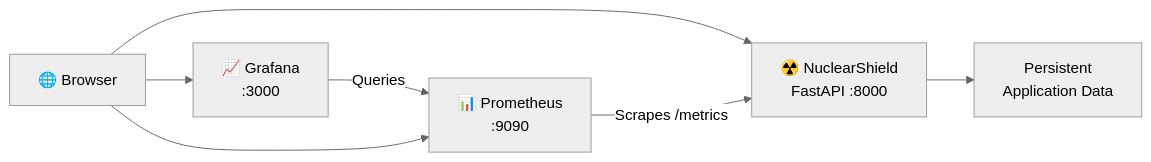
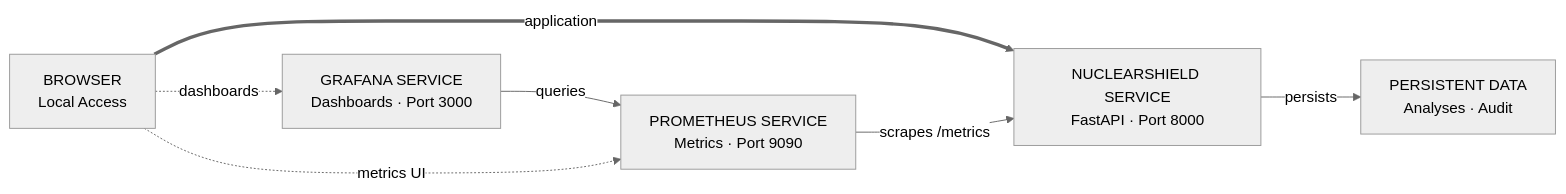
Before and after one commit to ruveeha33/NuclearShield: the sixth of 7 diagrams in README.md, drawn with Mermaid (neutral theme). The commit also changed other lines of this file, not shown here.

````diff
--- a/README.md
+++ b/README.md
@@ -588,14 +223,22 @@
 ```mermaid
 flowchart LR
 
-    B["🌐 Browser"] --> NS["☢️ NuclearShield<br/>FastAPI :8000"]
+    A["BROWSER<br/>Local Access"]
 
-    NS --> DATA["Persistent<br/>Application Data"]
+    B["NUCLEARSHIELD SERVICE<br/>FastAPI · Port 8000"]
 
-    PROM["📊 Prometheus<br/>:9090"] -->|Scrapes /metrics| NS
+    C["PERSISTENT DATA<br/>Analyses · Audit"]
 
-    GRAF["📈 Grafana<br/>:3000"] -->|Queries| PROM
+    D["PROMETHEUS SERVICE<br/>Metrics · Port 9090"]
 
-    B --> PROM
-    B --> GRAF
+    E["GRAFANA SERVICE<br/>Dashboards · Port 3000"]
+
+    A ==>|"application"| B
+    B -->|"persists"| C
+
+    D -->|"scrapes /metrics"| B
+    E -->|"queries"| D
+
+    A -.->|"metrics UI"| D
+    A -.->|"dashboards"| E
 ```
````
